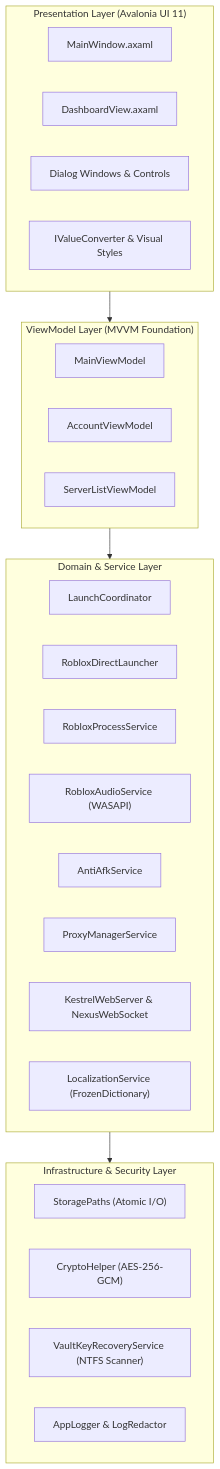
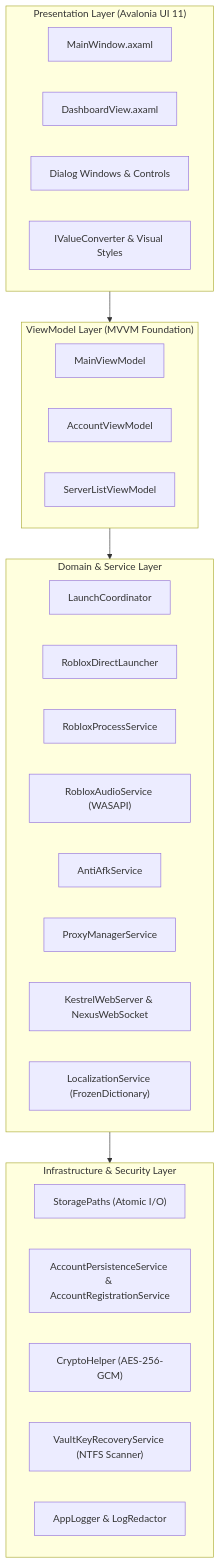
The first of 2 diagrams in docs/architecture.md (TanAkiraTaiVN/Shiro-Account-Manager), drawn with Mermaid before and after one commit. The commit also changed other lines of this file and 30 other files, not shown here.

````diff
--- a/docs/architecture.md
+++ b/docs/architecture.md
@@ -18,37 +18,38 @@
 ```mermaid
 graph TD
     subgraph UI_Layer ["Presentation Layer (Avalonia UI 11)"]
         MainWindow["MainWindow.axaml"]
         Dashboard["DashboardView.axaml"]
         Dialogs["Dialog Windows & Controls"]
         Converters["IValueConverter & Visual Styles"]
     end
 
     subgraph VM_Layer ["ViewModel Layer (MVVM Foundation)"]
         MainVM["MainViewModel"]
         AccountVM["AccountViewModel"]
         ServerListVM["ServerListViewModel"]
     end
 
     subgraph Core_Services ["Domain & Service Layer"]
         LaunchCoord["LaunchCoordinator"]
         DirectLaunch["RobloxDirectLauncher"]
         ProcService["RobloxProcessService"]
         AudioService["RobloxAudioService (WASAPI)"]
         AntiAfk["AntiAfkService"]
         ProxyMgr["ProxyManagerService"]
         KestrelSvc["KestrelWebServer & NexusWebSocket"]
         LocSvc["LocalizationService (FrozenDictionary)"]
     end
 
     subgraph Storage_Security ["Infrastructure & Security Layer"]
         Storage["StoragePaths (Atomic I/O)"]
+        Persistence["AccountPersistenceService & AccountRegistrationService"]
         Crypto["CryptoHelper (AES-256-GCM)"]
         Recovery["VaultKeyRecoveryService (NTFS Scanner)"]
         Logger["AppLogger & LogRedactor"]
     end
 
     UI_Layer --> VM_Layer
     VM_Layer --> Core_Services
     Core_Services --> Storage_Security
 ```
````
